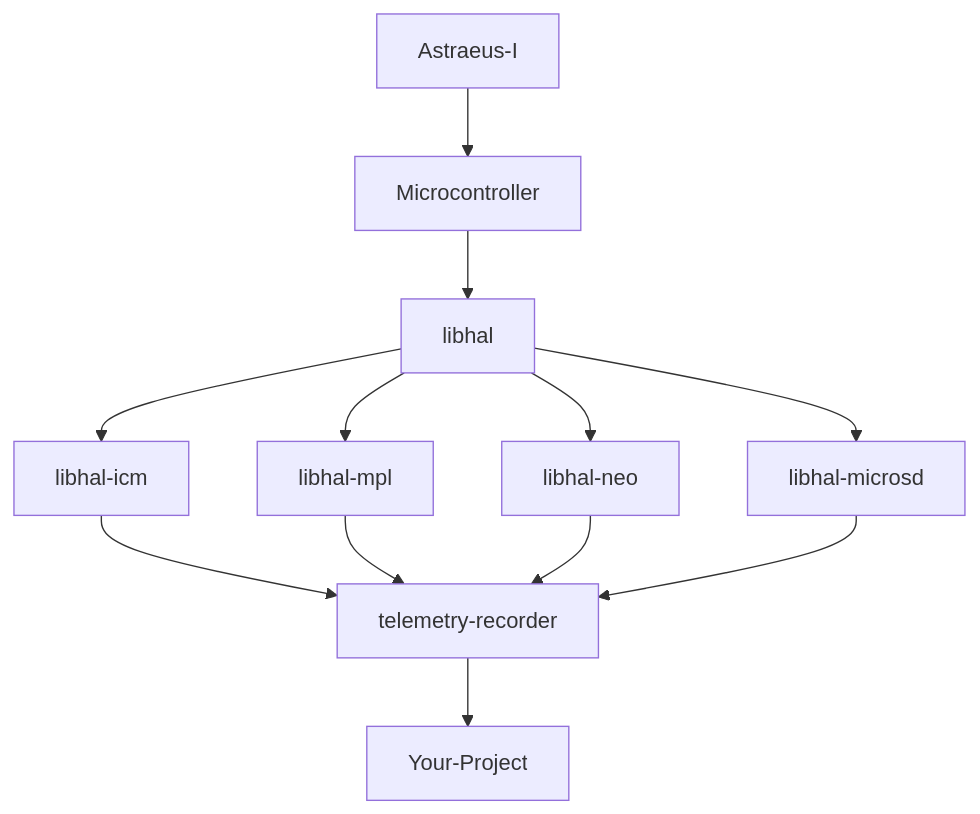
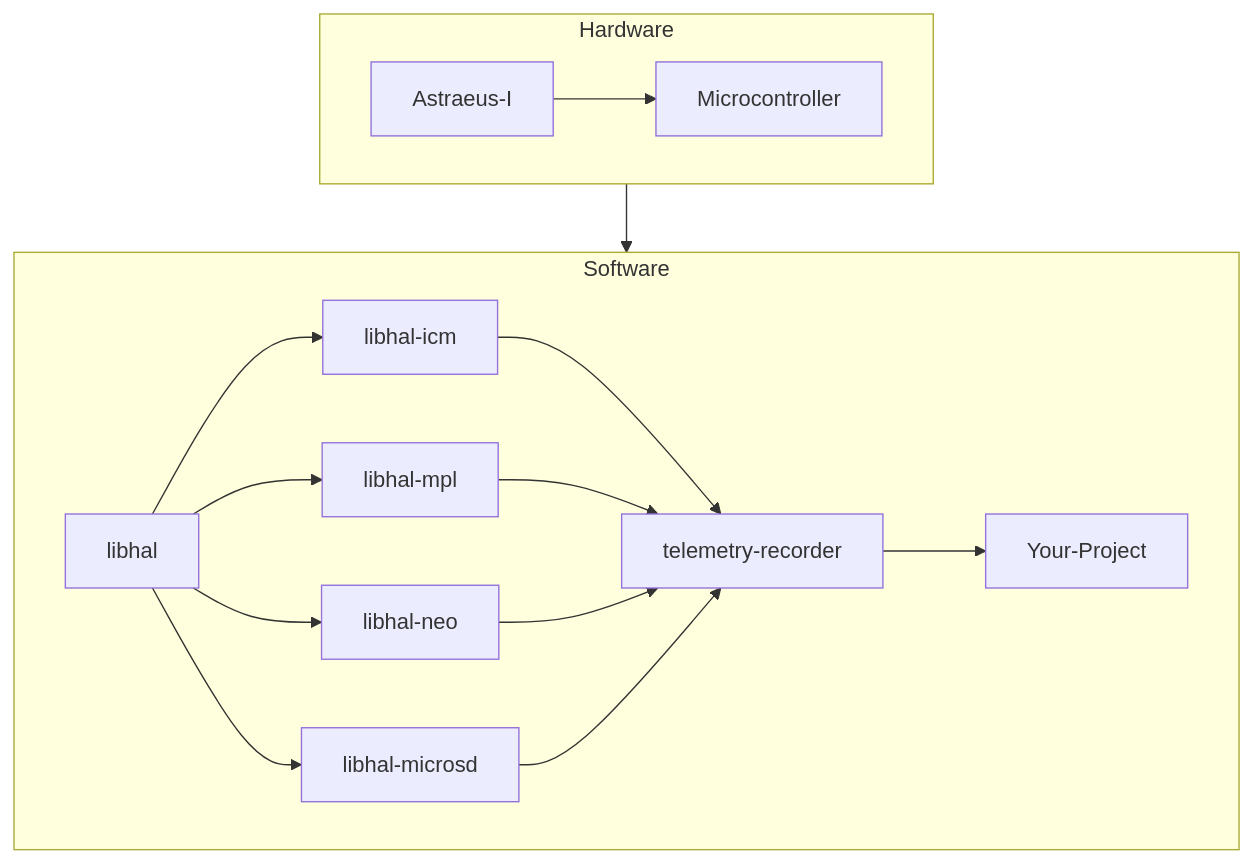
Before and after one commit to Astraeus-I/Astraeus-I.github.io: the diagram in docs/user_guide/user_guide.md, drawn with Mermaid. The commit also changed other lines of this file, not shown here.

Commit message:
:memo: fixes software details slowchart

````diff
--- a/docs/user_guide/user_guide.md
+++ b/docs/user_guide/user_guide.md
@@ -36,10 +36,16 @@
 ``` mermaid
 flowchart TD
-
-    Astraeus-I --> Microcontroller --> libhal
+    subgraph Hardware
+        Astraeus-I --> Microcontroller
+    end
+    
+    subgraph Software
     libhal-->libhal-icm --> telemetry-recorder
     libhal-->libhal-mpl --> telemetry-recorder
     libhal-->libhal-neo --> telemetry-recorder
     libhal-->libhal-microsd --> telemetry-recorder
     telemetry-recorder --> Your-Project
+    end
+
+    Hardware --> Software
 ```
````
